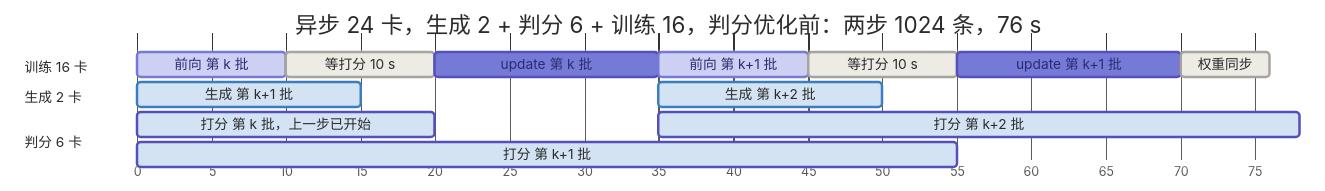
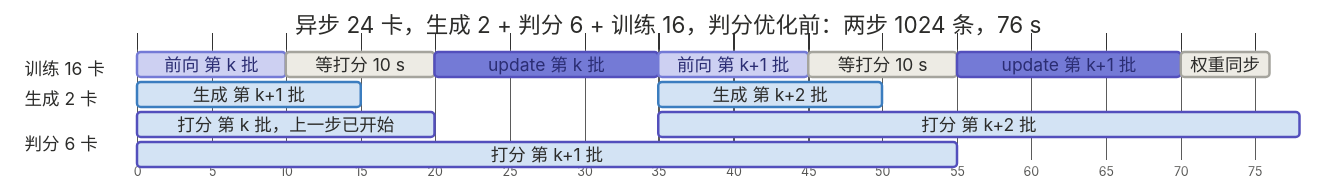
Before and after one commit to Zoey-Cheng/MLSys-Learning-Notes: the seventh of 8 diagrams in notes/04_RL/04_03_训推协同.md, drawn with Mermaid. The commit also changed other lines of this file and 4 other files, not shown here.

````diff
--- a/notes/04_RL/04_03_训推协同.md
+++ b/notes/04_RL/04_03_训推协同.md
@@ -768,22 +794,22 @@
 ```mermaid
-%%{init: {'theme': 'base', 'themeCSS': '.task{stroke-width:1.2px}.activeCrit0,.activeCrit1,.activeCrit2,.activeCrit3{fill:#FAEEC6;stroke:#B58A26}.taskText.critText0,.taskText.critText1,.taskText.critText2,.taskText.critText3{fill:#FFFFFF !important}.taskText.activeText0,.taskText.activeText1,.taskText.activeText2,.taskText.activeText3{fill:#12416F !important}.taskText.activeCritText0,.taskText.activeCritText1,.taskText.activeCritText2,.taskText.activeCritText3{fill:#6F4E08 !important}.grid .tick line{stroke:#E6E4DE !important}[id$=tm1],[id$=tm2]{fill:none !important;stroke:none !important}.taskText[id$=tm1-text],.taskText[id$=tm2-text]{fill:#5F5E5A !important}', 'gantt': {'displayMode': 'compact', 'useWidth': 1050, 'leftPadding': 100, 'rightPadding': 20, 'topPadding': 40}, 'themeVariables': {'fontFamily': 'Roboto, Noto Sans CJK SC, PingFang SC, Microsoft YaHei, sans-serif', 'textColor': '#2C2C2A', 'titleColor': '#2C2C2A', 'gridColor': '#E6E4DE', 'sectionBkgColor': '#FFFFFF', 'sectionBkgColor2': '#FFFFFF', 'altSectionBkgColor': '#FFFFFF', 'taskBkgColor': '#CDD0F2', 'taskBorderColor': '#747AD6', 'activeTaskBkgColor': '#D3E3F4', 'activeTaskBorderColor': '#3B7DBF', 'critBkgColor': '#747AD6', 'critBorderColor': '#534FBC', 'doneTaskBkgColor': '#EDEBE4', 'doneTaskBorderColor': '#A5A49D', 'taskTextColor': '#2B2D73', 'taskTextDarkColor': '#2C2C2A', 'taskTextLightColor': '#2C2C2A', 'taskTextOutsideColor': '#2C2C2A', 'vertLineColor': '#75746E'}}}%%
+%%{init: {'theme': 'base', 'themeCSS': '.task{stroke-width:1.2px}.activeCrit0,.activeCrit1,.activeCrit2,.activeCrit3{fill:#FAEEC6;stroke:#B58A26}.taskText.critText0,.taskText.critText1,.taskText.critText2,.taskText.critText3{fill:#FFFFFF !important}.taskText.activeText0,.taskText.activeText1,.taskText.activeText2,.taskText.activeText3{fill:#12416F !important}.taskText.activeCritText0,.taskText.activeCritText1,.taskText.activeCritText2,.taskText.activeCritText3{fill:#6F4E08 !important}.grid .tick line{stroke:#E6E4DE !important}.grid .tick text{font-size:12px !important}[id$=tm1],[id$=tm2]{fill:none !important;stroke:none !important}.taskText[id$=tm1-text],.taskText[id$=tm2-text]{fill:#5F5E5A !important}', 'gantt': {'displayMode': 'compact', 'fontSize': 14, 'sectionFontSize': 14, 'useWidth': 1050, 'leftPadding': 100, 'rightPadding': 20, 'topPadding': 40}, 'themeVariables': {'fontFamily': 'Roboto, Noto Sans CJK SC, PingFang SC, Microsoft YaHei, sans-serif', 'textColor': '#2C2C2A', 'titleColor': '#2C2C2A', 'gridColor': '#E6E4DE', 'sectionBkgColor': '#FFFFFF', 'sectionBkgColor2': '#FFFFFF', 'altSectionBkgColor': '#FFFFFF', 'taskBkgColor': '#CDD0F2', 'taskBorderColor': '#747AD6', 'activeTaskBkgColor': '#D3E3F4', 'activeTaskBorderColor': '#3B7DBF', 'critBkgColor': '#747AD6', 'critBorderColor': '#534FBC', 'doneTaskBkgColor': '#EDEBE4', 'doneTaskBorderColor': '#A5A49D', 'taskTextColor': '#2B2D73', 'taskTextDarkColor': '#2C2C2A', 'taskTextLightColor': '#2C2C2A', 'taskTextOutsideColor': '#2C2C2A', 'vertLineColor': '#75746E'}}}%%
 gantt
     title 异步 24 卡，生成 2 + 判分 6 + 训练 16，判分优化前：两步 1024 条，76 s
     dateFormat X
     axisFormat %s
     section 训练 16 卡
     前向 第 k 批             :t1, 0, 10s
     等打分 10 s              :done, tm1, after t1, 10s
     update 第 k 批           :crit, t2, after tm1, 15s
     前向 第 k+1 批           :t3, after t2, 10s
     等打分 10 s              :done, tm2, after t3, 10s
     update 第 k+1 批         :crit, t4, after tm2, 15s
     权重同步                 :done, t5, after t4, 6s
     section 生成 2 卡
     生成 第 k+1 批           :active, g1, 0, 15s
     生成 第 k+2 批           :active, g2, after t2, 15s
     section 判分 6 卡
     打分 第 k 批，上一步已开始 :active, crit, j0, 0, 20s
     打分 第 k+1 批           :active, crit, j1, 0, 55s
     打分 第 k+2 批           :active, crit, j2, after t2, 43s
 ```
````
